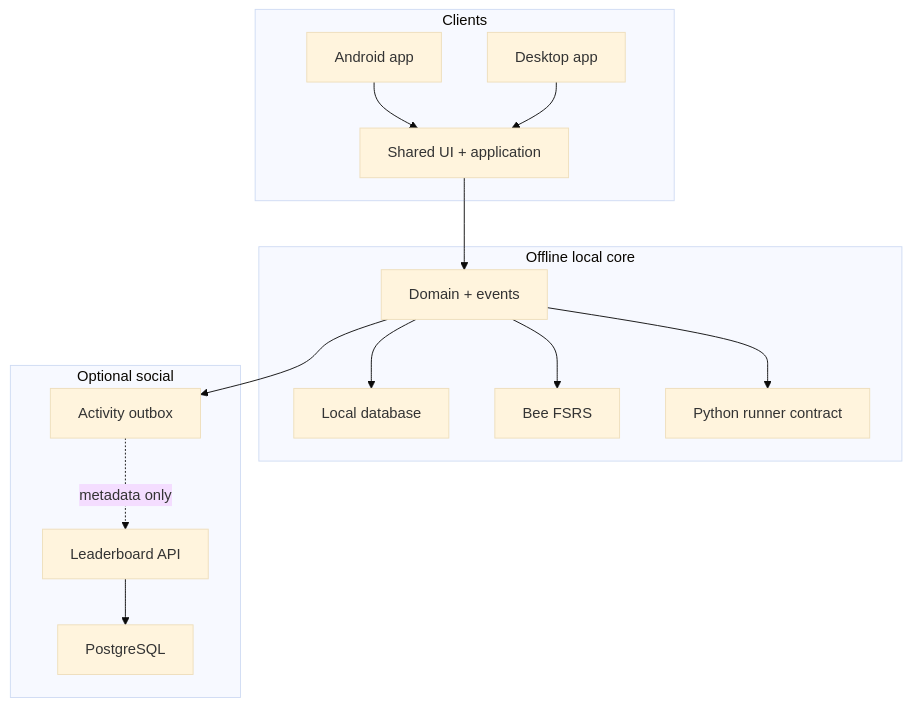
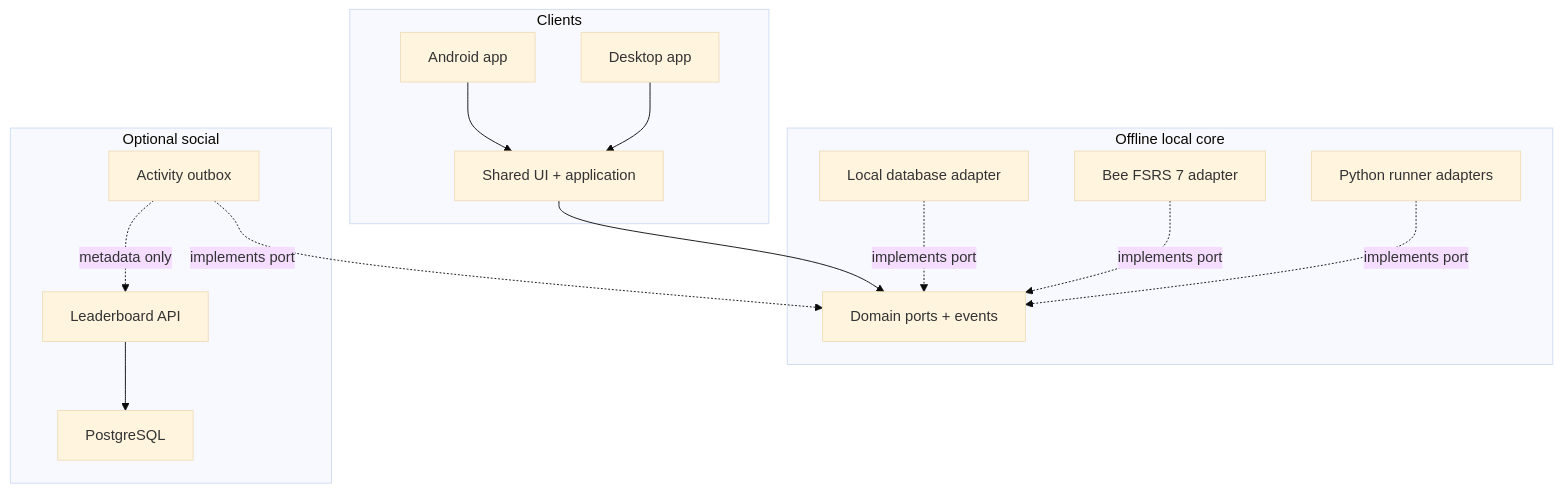
Before and after one commit to bee-san/BeeCode: the diagram in goals/01-architecture-foundations.md, drawn with Mermaid (base theme). The commit also changed other lines of this file and 11 other files, not shown here.

````diff
--- a/goals/01-architecture-foundations.md
+++ b/goals/01-architecture-foundations.md
@@ -9,28 +9,28 @@
 ```mermaid
 flowchart TD
     subgraph Clients
         Android["Android app"]
         Desktop["Desktop app"]
         Shared["Shared UI + application"]
     end
     subgraph LocalCore["Offline local core"]
-        Domain["Domain + events"]
-        Store["Local database"]
-        FSRS["Bee FSRS"]
-        Runner["Python runner contract"]
+        Domain["Domain ports + events"]
+        Store["Local database adapter"]
+        FSRS["Bee FSRS 7 adapter"]
+        Runner["Python runner adapters"]
     end
     subgraph OptionalSocial["Optional social"]
         Outbox["Activity outbox"]
         API["Leaderboard API"]
         Postgres["PostgreSQL"]
     end
     Android --> Shared
     Desktop --> Shared
     Shared --> Domain
-    Domain --> Store
-    Domain --> FSRS
-    Domain --> Runner
-    Domain --> Outbox
+    Store -. "implements port" .-> Domain
+    FSRS -. "implements port" .-> Domain
+    Runner -. "implements port" .-> Domain
+    Outbox -. "implements port" .-> Domain
     Outbox -. "metadata only" .-> API
     API --> Postgres
 ```
````
